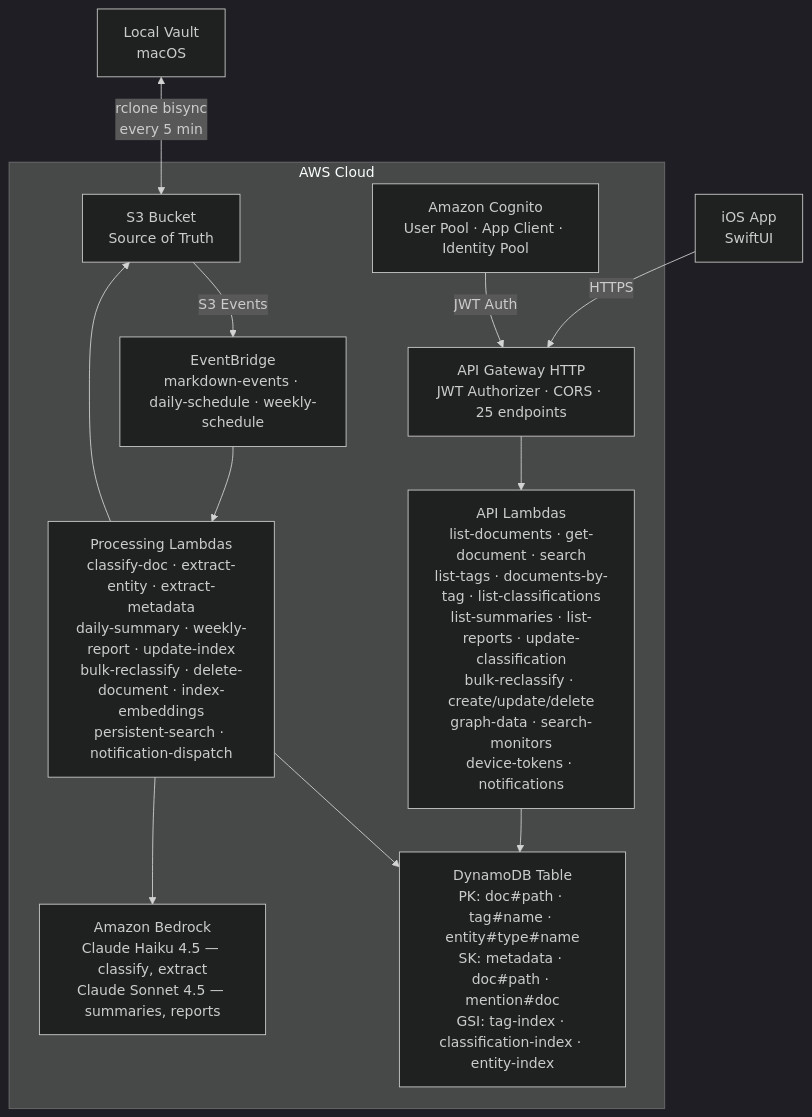
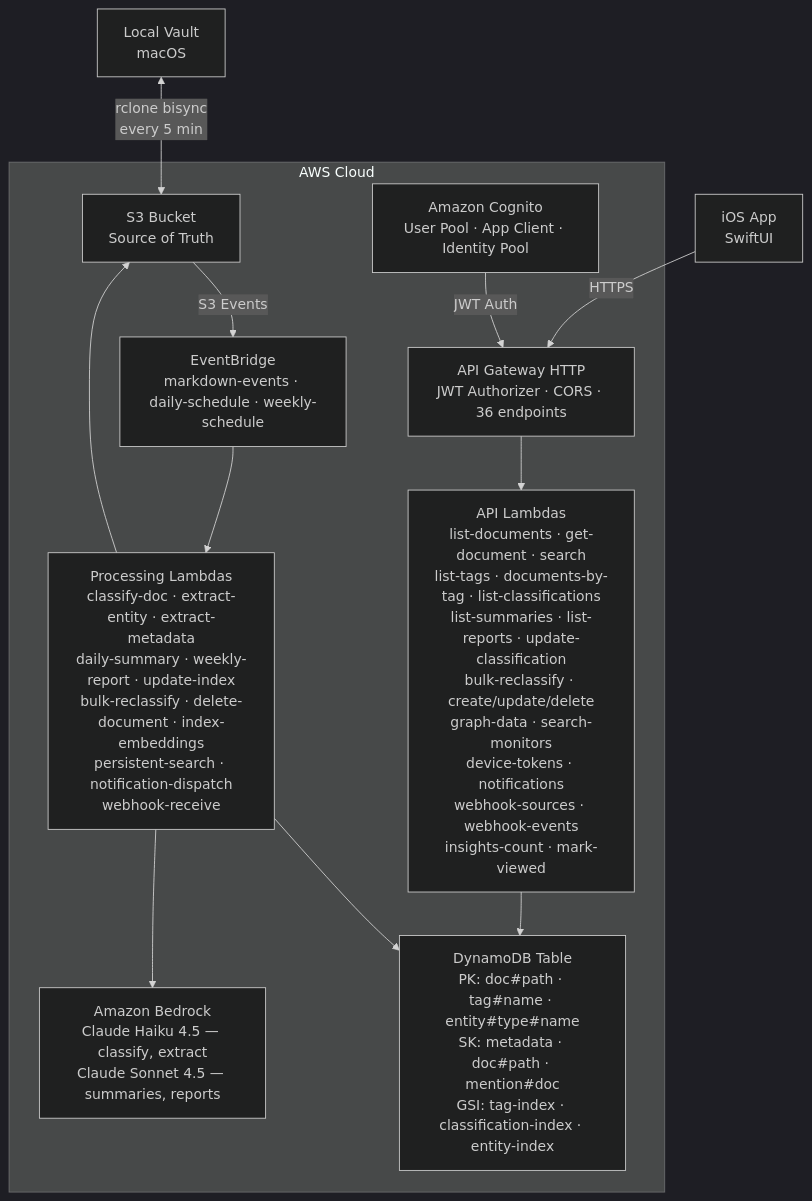
One commit to spaceba-by/pkm changed the diagram in docs/architecture.md. Above: the diagram before and after it, drawn with Mermaid (dark theme). The commit also changed other lines of this file and 5 other files, not shown here.

````diff
--- a/docs/architecture.md
+++ b/docs/architecture.md
@@ -9,23 +9,23 @@
 ```mermaid
 graph TD
     Vault[Local Vault<br/>macOS] <-->|rclone bisync<br/>every 5 min| S3
     iOS[iOS App<br/>SwiftUI] -->|HTTPS| APIGW
 
     subgraph AWS[AWS Cloud]
         S3[S3 Bucket<br/>Source of Truth]
         Cognito[Amazon Cognito<br/>User Pool · App Client · Identity Pool]
 
         S3 -->|S3 Events| EB[EventBridge<br/>markdown-events · daily-schedule · weekly-schedule]
-        Cognito -->|JWT Auth| APIGW[API Gateway HTTP<br/>JWT Authorizer · CORS · 25 endpoints]
+        Cognito -->|JWT Auth| APIGW[API Gateway HTTP<br/>JWT Authorizer · CORS · 36 endpoints]
 
-        EB --> ProcLambda[Processing Lambdas<br/>classify-doc · extract-entity · extract-metadata<br/>daily-summary · weekly-report · update-index<br/>bulk-reclassify · delete-document · index-embeddings<br/>persistent-search · notification-dispatch]
+        EB --> ProcLambda[Processing Lambdas<br/>classify-doc · extract-entity · extract-metadata<br/>daily-summary · weekly-report · update-index<br/>bulk-reclassify · delete-document · index-embeddings<br/>persistent-search · notification-dispatch<br/>webhook-receive]
 
-        APIGW --> APILambda[API Lambdas<br/>list-documents · get-document · search<br/>list-tags · documents-by-tag · list-classifications<br/>list-summaries · list-reports · update-classification<br/>bulk-reclassify · create/update/delete<br/>graph-data · search-monitors<br/>device-tokens · notifications]
+        APIGW --> APILambda[API Lambdas<br/>list-documents · get-document · search<br/>list-tags · documents-by-tag · list-classifications<br/>list-summaries · list-reports · update-classification<br/>bulk-reclassify · create/update/delete<br/>graph-data · search-monitors<br/>device-tokens · notifications<br/>webhook-sources · webhook-events<br/>insights-count · mark-viewed]
 
         ProcLambda --> DynamoDB[DynamoDB Table<br/>PK: doc#path · tag#name · entity#type#name<br/>SK: metadata · doc#path · mention#doc<br/>GSI: tag-index · classification-index · entity-index]
         APILambda --> DynamoDB
         ProcLambda --> S3
 
         ProcLambda --> Bedrock[Amazon Bedrock<br/>Claude Haiku 4.5 — classify, extract<br/>Claude Sonnet 4.5 — summaries, reports]
     end
 ```
````
